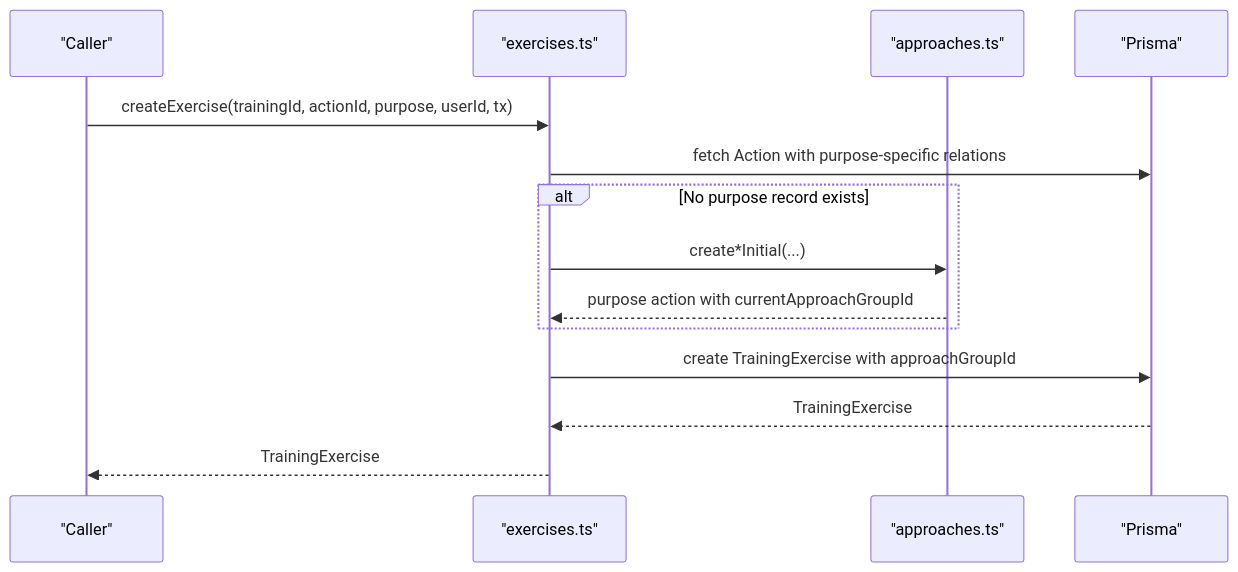
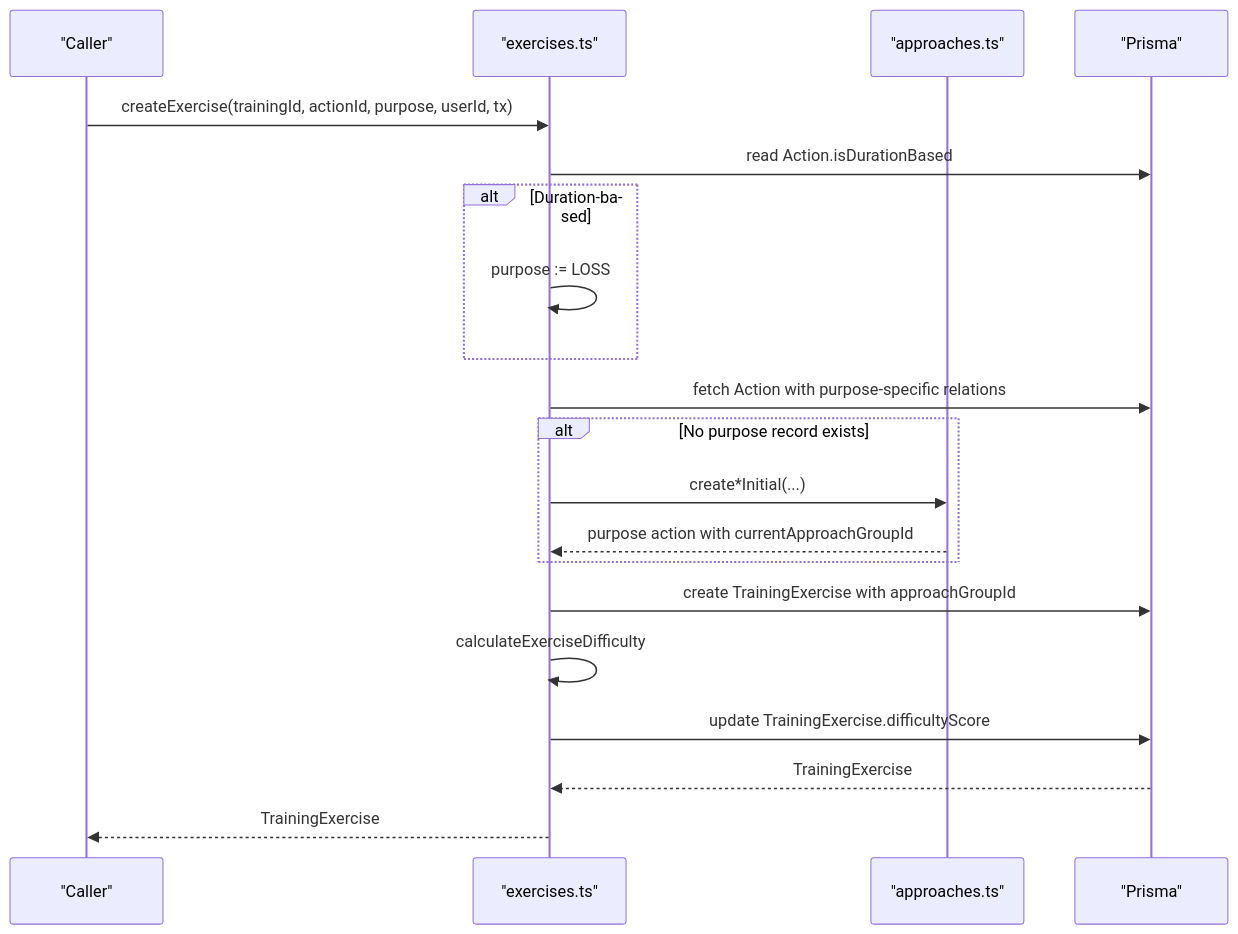
One commit to Dezzpil/meingym changed the ninth of 12 diagrams in .qoder/repowiki/en/content/Core Business Logic/Core Business Logic.md. Above: the diagram before and after it, drawn with Mermaid. The commit also changed other lines of this file and 12 other files, not shown here.

````diff
--- a/.qoder/repowiki/en/content/Core Business Logic/Core Business Logic.md
+++ b/.qoder/repowiki/en/content/Core Business Logic/Core Business Logic.md
@@ -432,16 +543,22 @@
 ```mermaid
 sequenceDiagram
 participant Caller as "Caller"
 participant Exercises as "exercises.ts"
 participant Approaches as "approaches.ts"
 participant DB as "Prisma"
 Caller->>Exercises : createExercise(trainingId, actionId, purpose, userId, tx)
+Exercises->>DB : read Action.isDurationBased
+alt Duration-based
+Exercises->>Exercises : purpose := LOSS
+end
 Exercises->>DB : fetch Action with purpose-specific relations
 alt No purpose record exists
 Exercises->>Approaches : create*Initial(...)
 Approaches-->>Exercises : purpose action with currentApproachGroupId
 end
 Exercises->>DB : create TrainingExercise with approachGroupId
+Exercises->>Exercises : calculateExerciseDifficulty
+Exercises->>DB : update TrainingExercise.difficultyScore
 DB-->>Exercises : TrainingExercise
 Exercises-->>Caller : TrainingExercise
 ```
````
